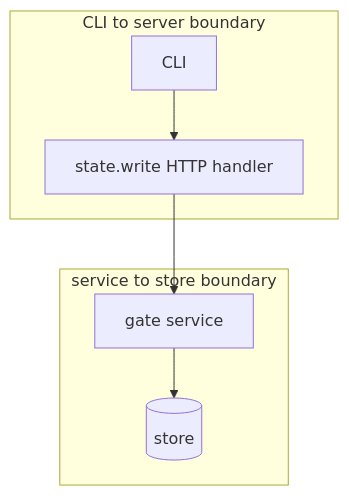
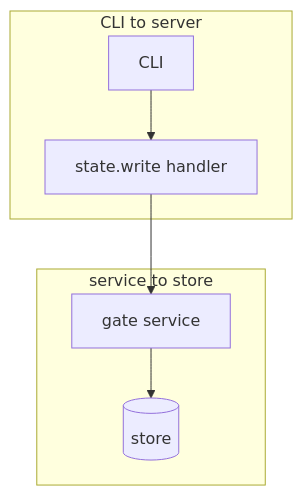
One commit to OpenDustpan/OpenDustpan changed the fifth of 5 diagrams in openspec/changes/state-write-state-facts-fixed/design.md. Above: the diagram before and after it, drawn with Mermaid. The commit also changed other lines of this file and 90 other files, not shown here.

````diff
--- a/openspec/changes/state-write-state-facts-fixed/design.md
+++ b/openspec/changes/state-write-state-facts-fixed/design.md
@@ -89,10 +89,10 @@
 ```mermaid
 flowchart TB
- subgraph B1[CLI to server boundary]
-  C[CLI] --> H[state.write HTTP handler]
+ subgraph B1[CLI to server]
+  C[CLI] --> H[state.write handler]
  end
- subgraph B2[service to store boundary]
+ subgraph B2[service to store]
   H --> G[gate service]
   G --> S[(store)]
  end
 ```
````
